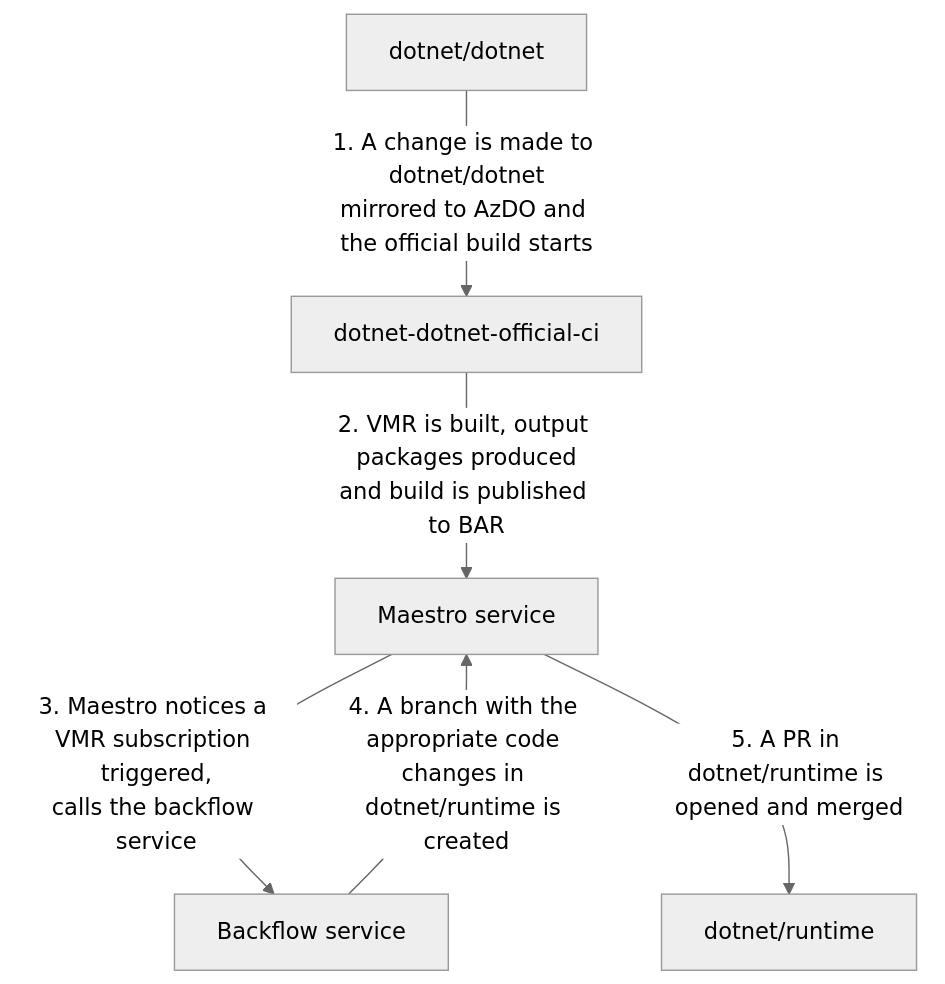
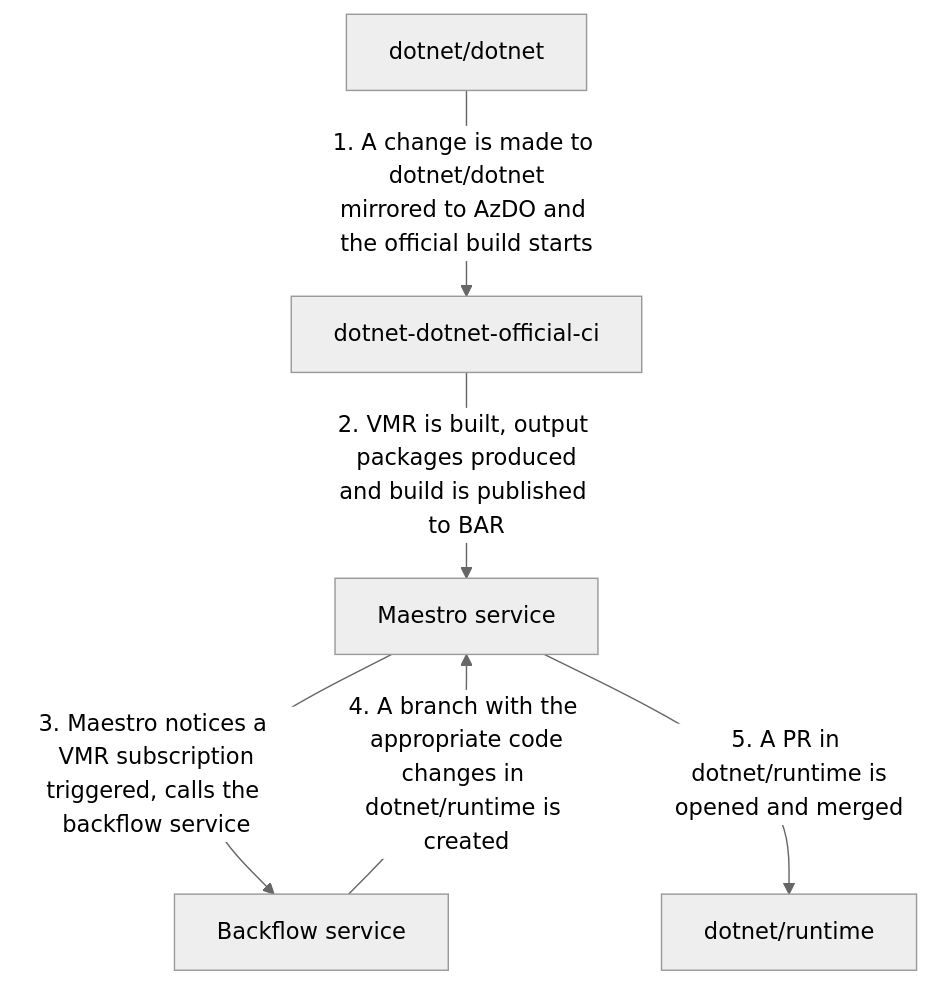
One commit to dotnet/arcade changed the second of 5 diagrams in Documentation/UnifiedBuild/Full-Code-Flow.md. Above: the diagram before and after it, drawn with Mermaid (neutral theme). The commit also changed other lines of this file, not shown here.

Commit message:
Break lines in mermaid

````diff
--- a/Documentation/UnifiedBuild/Full-Code-Flow.md
+++ b/Documentation/UnifiedBuild/Full-Code-Flow.md
@@ -79,14 +79,14 @@
 ```mermaid
 flowchart TD
     runtime[dotnet/runtime]
     vmrCI[dotnet-dotnet-official-ci]
     maestro[Maestro service]
     backflow[Backflow service]
     vmr[dotnet/dotnet]
 
     vmr--1. A change is made to dotnet/dotnet\nmirrored to AzDO and the official build starts-->vmrCI
     vmrCI--2. VMR is built, output packages produced\nand build is published to BAR-->maestro
-    maestro--3. Maestro notices a VMR subscription triggered,\ncalls the backflow service-->backflow
-    backflow--4. A branch with the appropriate code changes in dotnet/runtime is created-->maestro
-    maestro--5. A PR in dotnet/runtime is opened and merged-->runtime
+    maestro--3. Maestro notices a VMR subscription\ntriggered, calls the backflow service-->backflow
+    backflow--4. A branch with the appropriate code\nchanges in dotnet/runtime is created-->maestro
+    maestro--5. A PR in dotnet/runtime is\nopened and merged-->runtime
 ```
````
